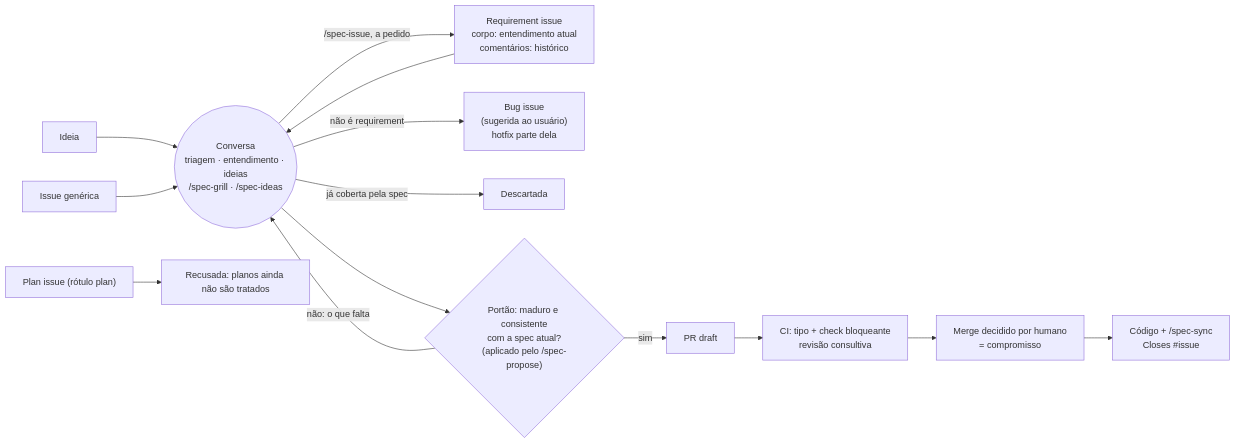
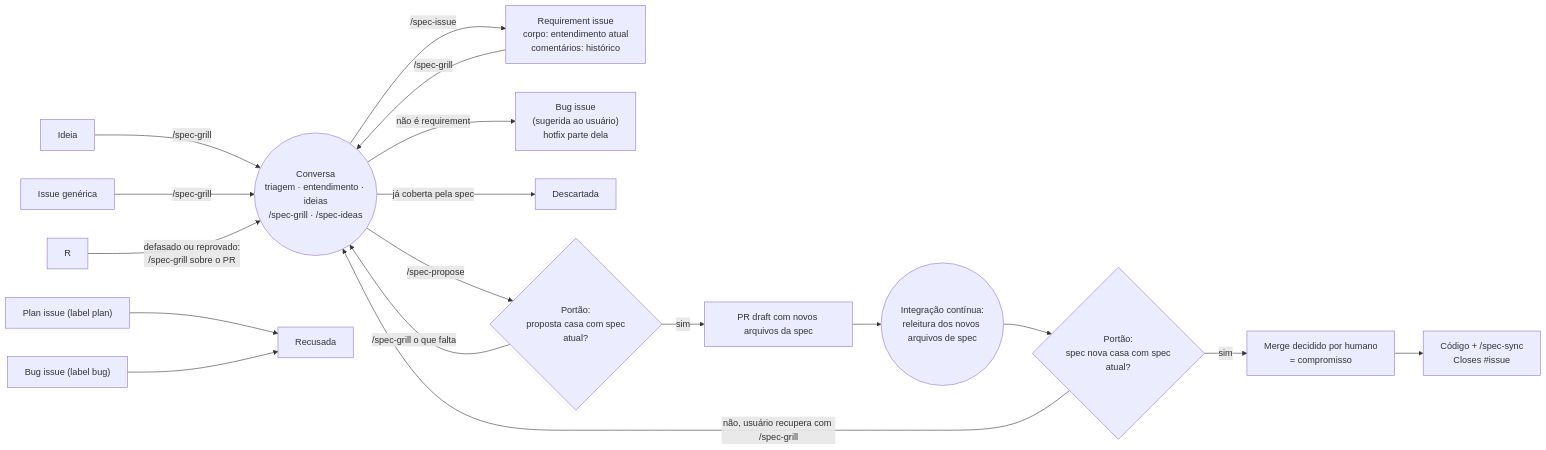
The diagram in README.md (useful-toys/Tabularium), drawn with Mermaid before and after one commit. The commit also changed other lines of this file and 7 other files, not shown here.

````diff
--- a/README.md
+++ b/README.md
@@ -53,16 +66,26 @@
 ```mermaid
 flowchart LR
-  ID["Ideia"] --> C
-  IS["Issue genérica"] --> C
-  RI["Requirement issue<br/>corpo: entendimento atual<br/>comentários: histórico"] --> C
+  ID["Ideia"] -->|"/spec-grill"| C
+  IS["Issue genérica"] -->|"/spec-grill"| C
+  RI["Requirement issue<br/>corpo: entendimento atual<br/>comentários: histórico"] -->|"/spec-grill"| C
   C(("Conversa<br/>triagem · entendimento · ideias<br/>/spec-grill · /spec-ideas"))
-  C -->|"/spec-issue, a pedido"| RI
+  C -->|"/spec-issue"| RI
   C -->|"não é requirement"| B["Bug issue<br/>(sugerida ao usuário)<br/>hotfix parte dela"]
   C -->|"já coberta pela spec"| X["Descartada"]
-  C --> G{"Portão: maduro e consistente<br/>com a spec atual?<br/>(aplicado pelo /spec-propose)"}
-  G -->|"não: o que falta"| C
-  G -->|sim| P["PR draft"]
-  P --> R["CI: tipo + check bloqueante<br/>revisão consultiva"] --> A["Merge decidido por humano<br/>= compromisso"] --> E["Código + /spec-sync<br/>Closes #issue"]
+  C -->|"/spec-propose"| G{"Portão:<br> proposta casa com spec atual?"}
+  G -->|"/spec-grill o que falta"| C
+  G -->|sim| PR["PR draft com novos arquivos da spec"]
+  PR --> CI(("Integração contínua:<br>releitura dos novos arquivos de spec"))
+  CI --> GG{"Portão:<br> spec nova casa com spec atual?"}
+  GG -->|sim| A
+  GG -->|não, usuário recupera com /spec-grill| C
+  A["Merge decidido por humano<br/>= compromisso"] --> E
+  E["Código + /spec-sync<br/>Closes #issue"]
 
-  PL["Plan issue (rótulo plan)"] --> Z["Recusada: planos ainda não são tratados"]
+  R -->|"defasado ou reprovado:<br/>/spec-grill sobre o PR"| C
+
+  PL["Plan issue (label plan)"] --> Z["Recusada"]
+
+  BL["Bug issue (label bug)"] --> Z
+
 ```
````
